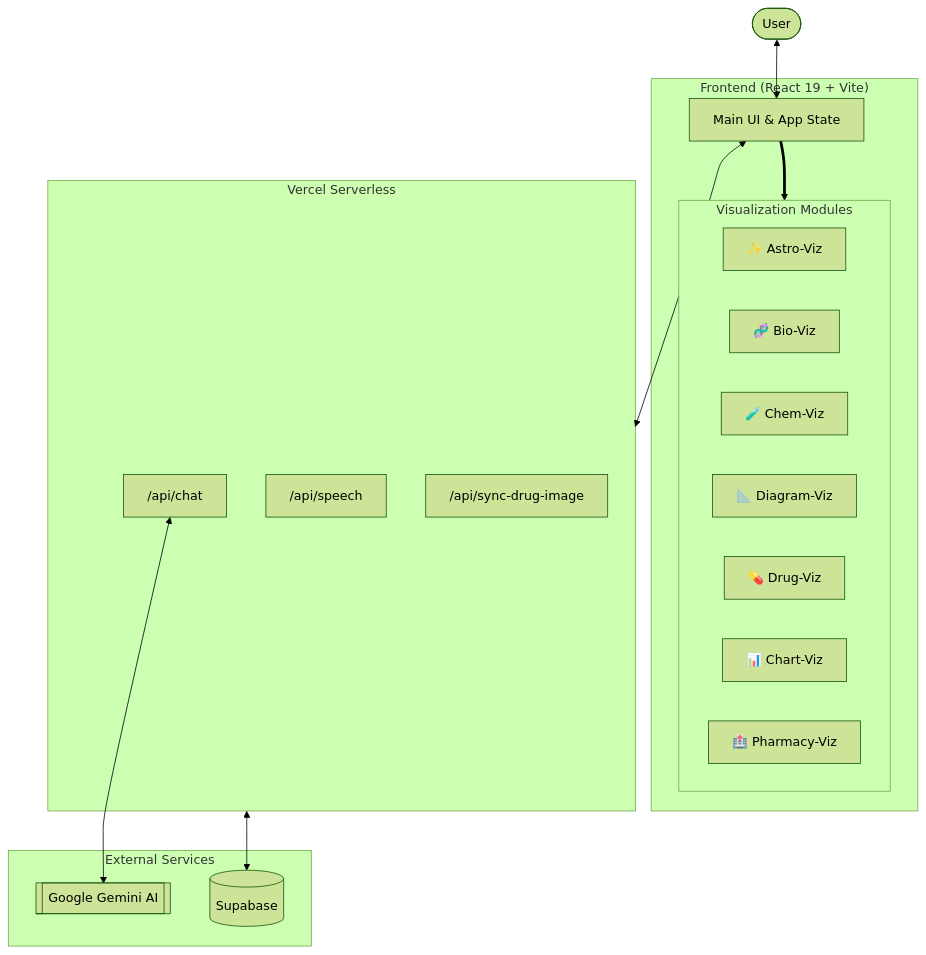
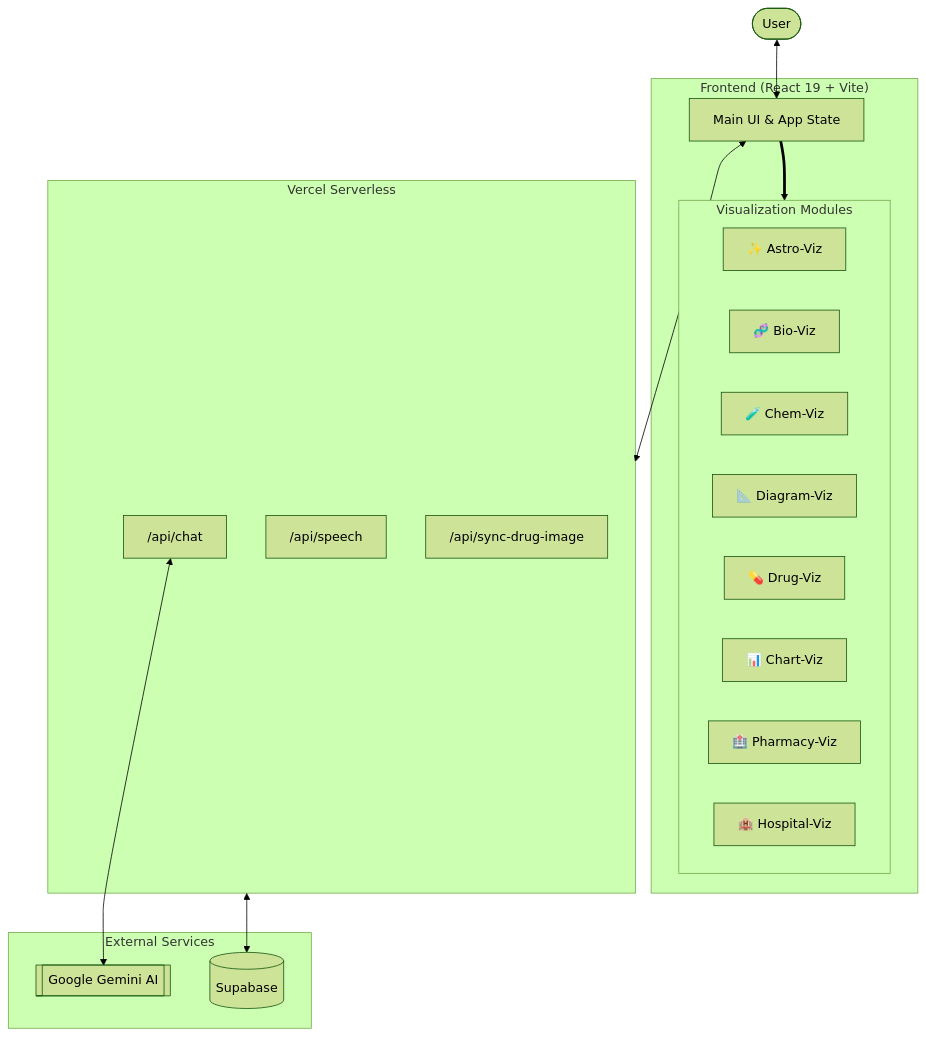
Before and after one commit to jpjp92/chat-agent: the first of 2 diagrams in README.md, drawn with Mermaid (forest theme). The commit also changed other lines of this file and 10 other files, not shown here.

````diff
--- a/README.md
+++ b/README.md
@@ -60,28 +61,28 @@
 ```mermaid
 flowchart TB
     User([User])
 
     subgraph Frontend ["Frontend (React 19 + Vite)"]
         UI[Main UI & App State]
         subgraph Visualizers ["Visualization Modules"]
             Astro["✨ Astro-Viz"] & Bio["🧬 Bio-Viz"] & Chem["🧪 Chem-Viz"]
             Diagram["📐 Diagram-Viz"] & Drug["💊 Drug-Viz"] & Charts["📊 Chart-Viz"]
-            Pharmacy["🏥 Pharmacy-Viz"]
+            Pharmacy["🏥 Pharmacy-Viz"] & Hospital["🏨 Hospital-Viz"]
         end
     end
 
     subgraph Backend ["Vercel Serverless"]
         ChatPipe["/api/chat"] & TTS["/api/speech"] & Sync["/api/sync-drug-image"]
     end
 
     subgraph Providers ["External Services"]
         Gemini[["Google Gemini AI"]]
         Supabase[("Supabase")]
     end
 
     User <--> UI
     UI ==> Visualizers
     UI <--> Backend
     ChatPipe <--> Gemini
     Backend <--> Supabase
 ```
````
